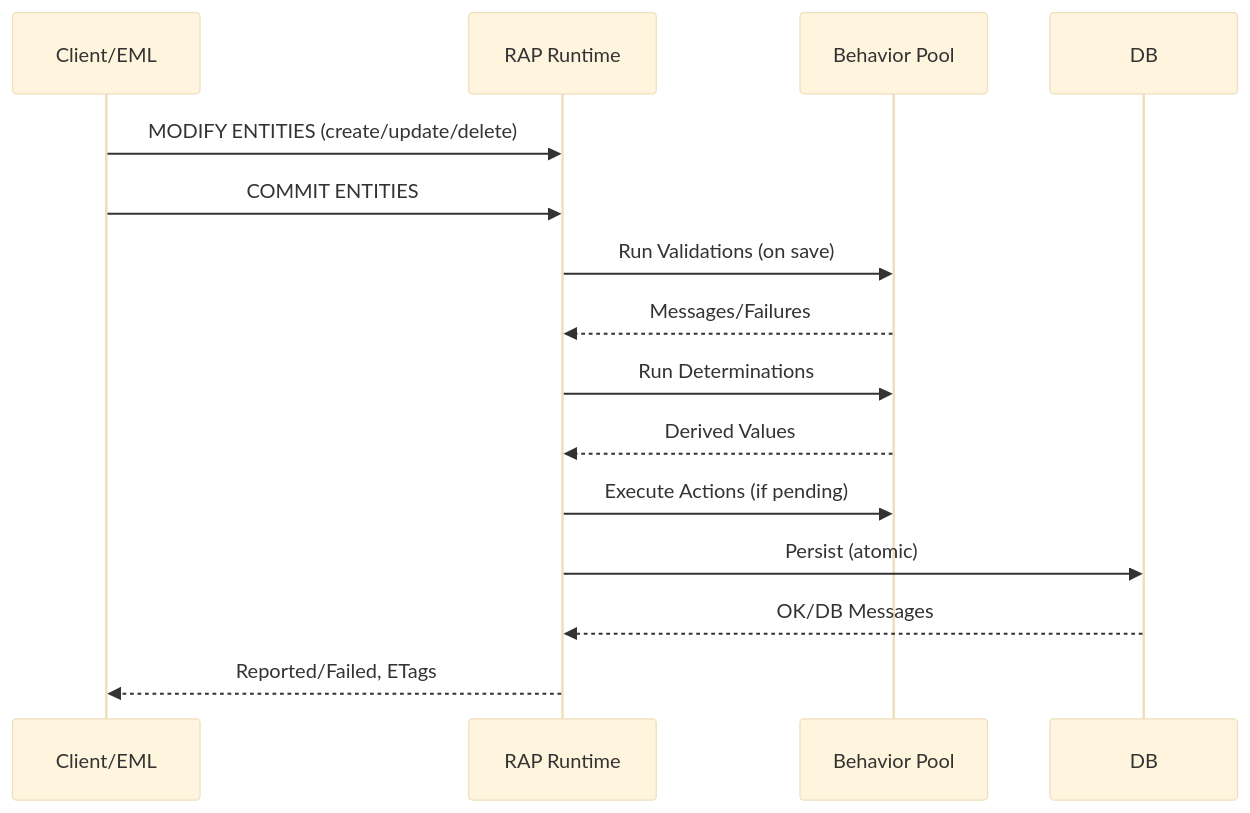
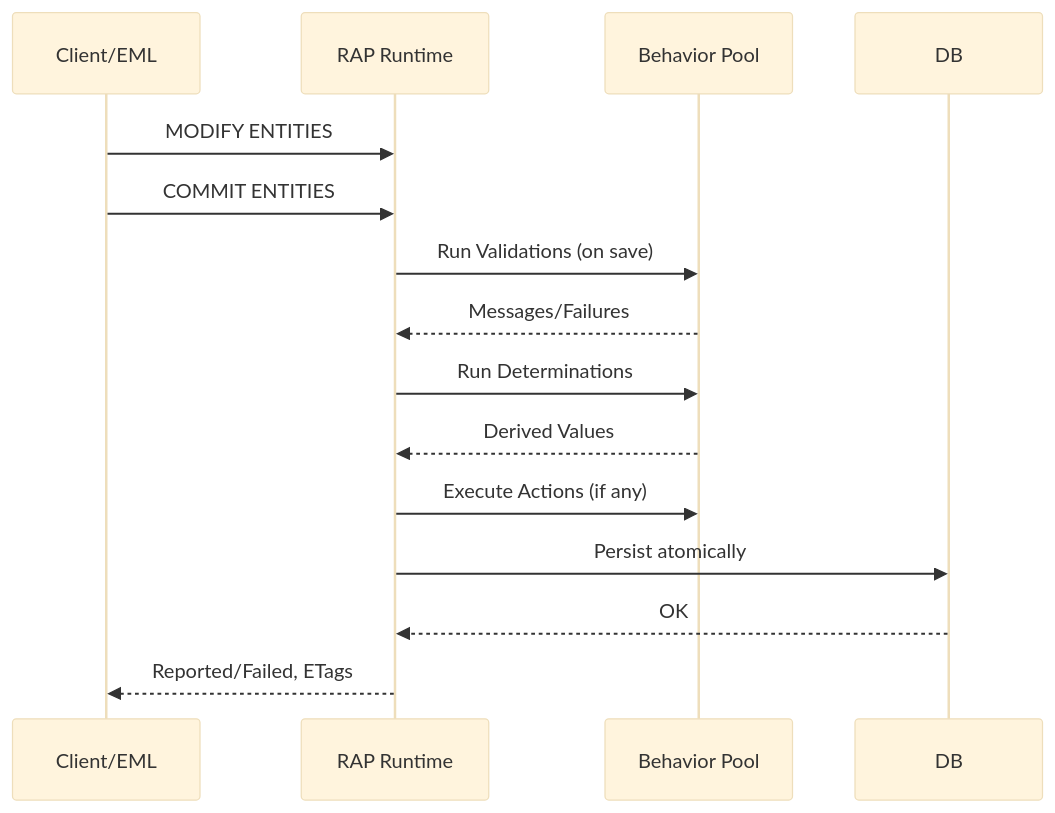
Before and after one commit to michaelMattanza/AbapGuide: the second of 2 diagrams in RAP/RAP.md, drawn with Mermaid (base theme). The commit also changed other lines of this file, not shown here.

````diff
--- a/RAP/RAP.md
+++ b/RAP/RAP.md
@@ -280,18 +80,18 @@
 ```mermaid
 sequenceDiagram
   participant C as Client/EML
   participant R as RAP Runtime
   participant H as Behavior Pool
   participant DB as DB
 
-  C->>R: MODIFY ENTITIES (create/update/delete)
+  C->>R: MODIFY ENTITIES
   C->>R: COMMIT ENTITIES
   R->>H: Run Validations (on save)
   H-->>R: Messages/Failures
   R->>H: Run Determinations
   H-->>R: Derived Values
-  R->>H: Execute Actions (if pending)
-  R->>DB: Persist (atomic)
-  DB-->>R: OK/DB Messages
+  R->>H: Execute Actions (if any)
+  R->>DB: Persist atomically
+  DB-->>R: OK
   R-->>C: Reported/Failed, ETags
 ```
````
